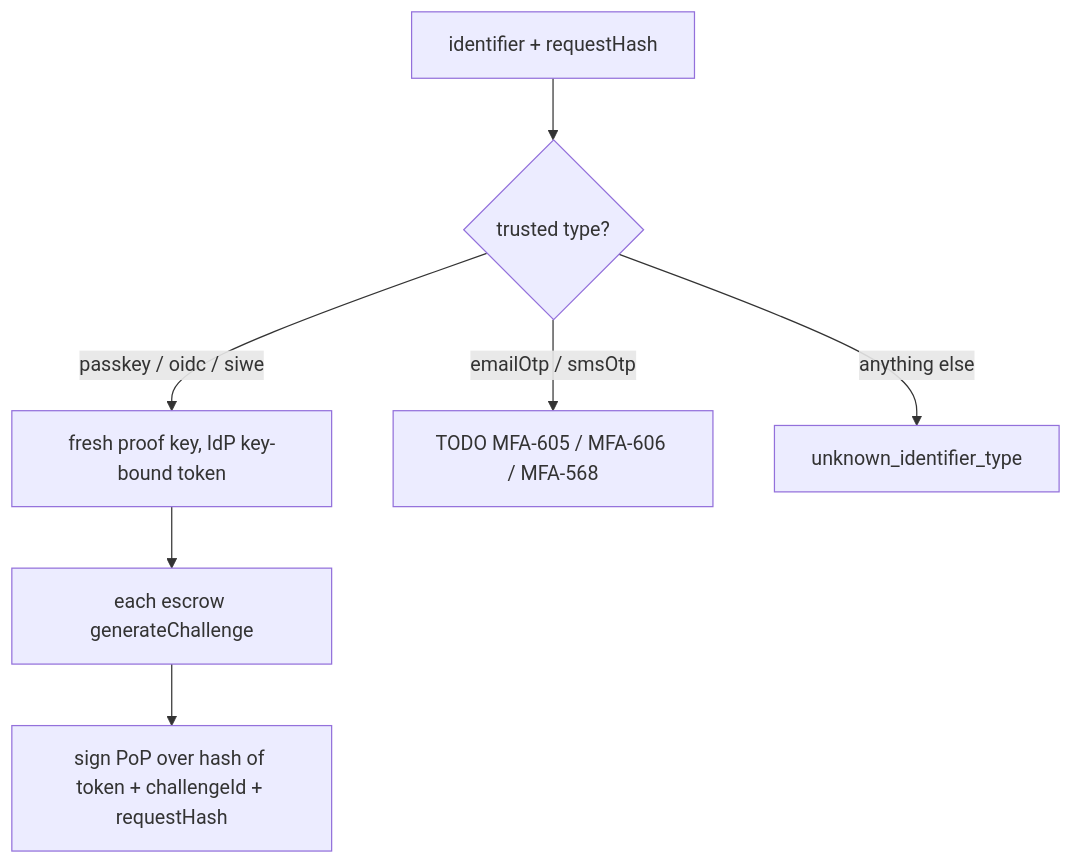
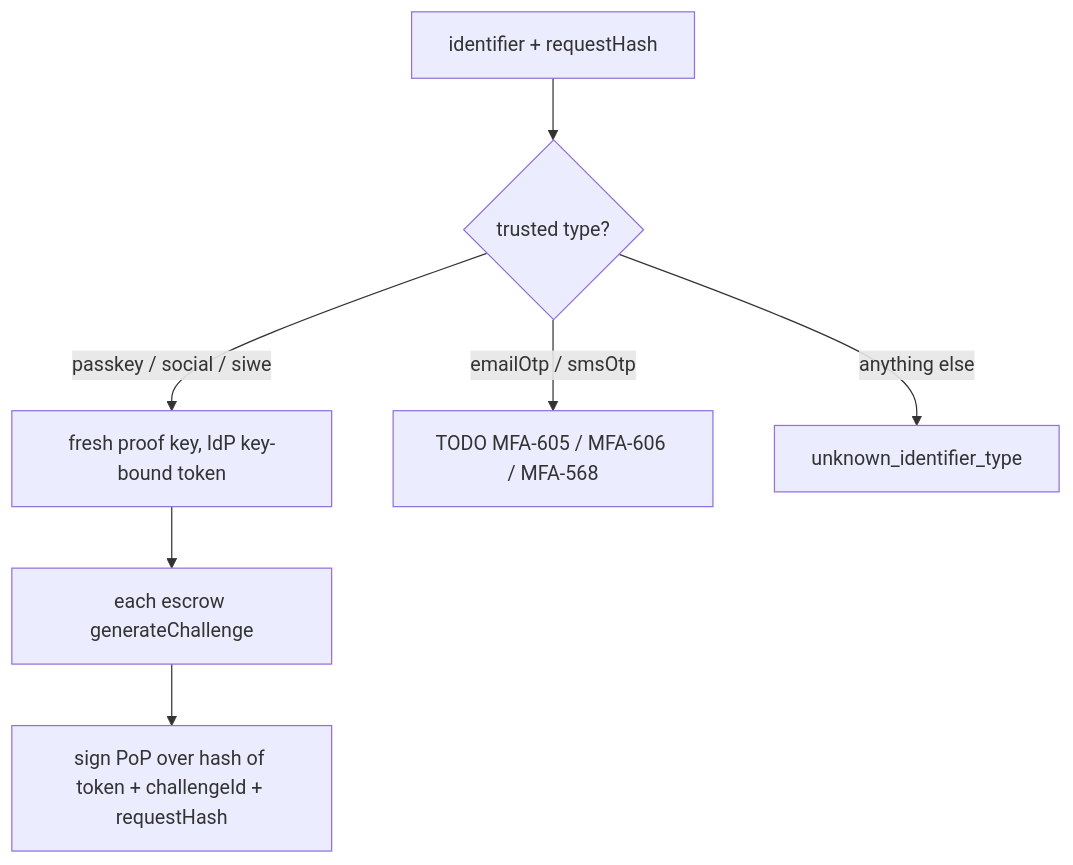
Before and after one commit to MetaMask/core: the sixth of 7 diagrams in packages/mfa-recovery-controller/ARCHITECTURE.md, drawn with Mermaid. The commit also changed other lines of this file and 14 other files, not shown here.

````diff
--- a/packages/mfa-recovery-controller/ARCHITECTURE.md
+++ b/packages/mfa-recovery-controller/ARCHITECTURE.md
@@ -325,9 +324,9 @@
 ```mermaid
 flowchart TD
   Start[identifier + requestHash] --> Mode{trusted type?}
-  Mode -->|passkey / oidc / siwe| KB[fresh proof key, IdP key-bound token]
+  Mode -->|passkey / social / siwe| KB[fresh proof key, IdP key-bound token]
   KB --> Chal[each escrow generateChallenge]
   Chal --> PoP[sign PoP over hash of token + challengeId + requestHash]
   Mode -->|emailOtp / smsOtp| Todo[TODO MFA-605 / MFA-606 / MFA-568]
   Mode -->|anything else| Reject[unknown_identifier_type]
 ```
````
